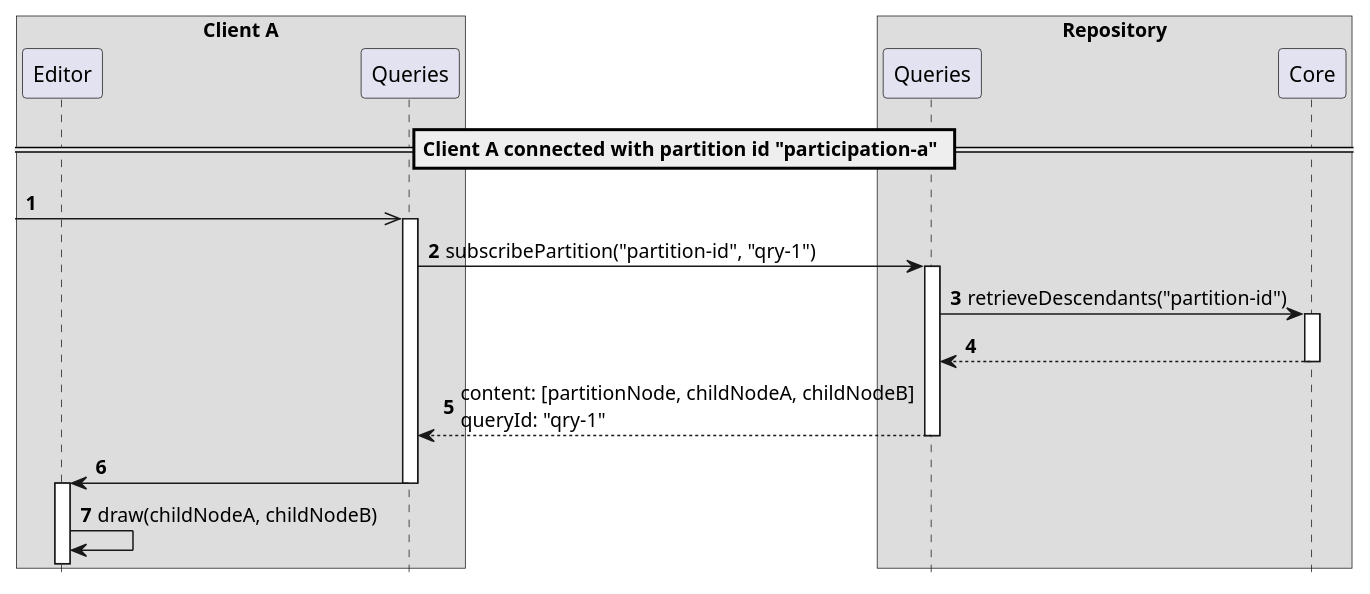
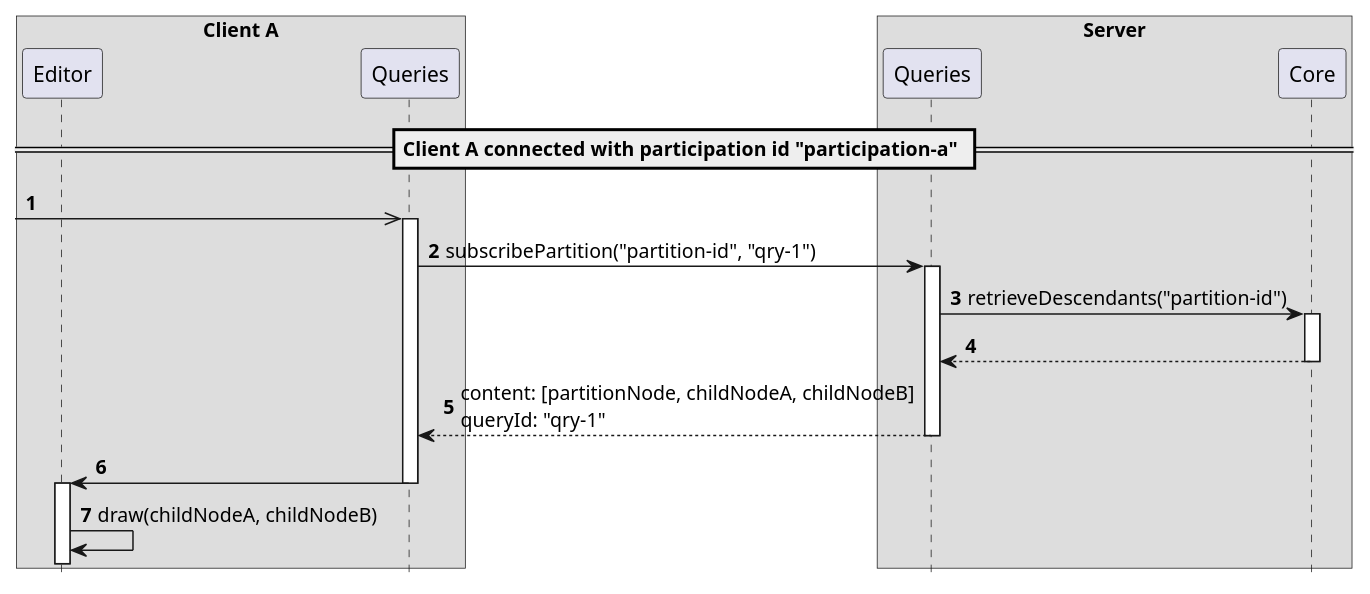
The diagram in delta/scenarios/reconnectKnownPartition.adoc (LionWeb-io/specification), drawn with PlantUML before and after one commit. The commit also changed other lines of this file and 16 other files, not shown here.

Commit message:
repository -> server (where appropriate, but as much as possible) in delta protocol specification

```diff
--- a/delta/scenarios/reconnectKnownPartition.adoc
+++ b/delta/scenarios/reconnectKnownPartition.adoc
@@ -2,28 +2,28 @@
 [plantuml,reconnectKnownPartition,svg]
 ----
 hide footbox
 autonumber
 
 box "Client A"
   participant Editor as editor
   participant Queries as clientQuery
 end box
 
-box "Repository"
-  participant Queries  as repoQuery
+box "Server"
+  participant Queries as repoQuery
   participant Core as core
 end box
 
-== Client A connected with partition id "participation-a" ==
+== Client A connected with participation id "participation-a" ==
 
 [->> clientQuery
 activate clientQuery
 clientQuery -> repoQuery ++: subscribePartition("partition-id", "qry-1")
   repoQuery -> core ++: retrieveDescendants("partition-id")
   return
 return content: [partitionNode, childNodeA, childNodeB]\nqueryId: "qry-1"
 clientQuery -> editor
 deactivate clientQuery
 activate editor
 editor -> editor: draw(childNodeA, childNodeB)
 ----
```
